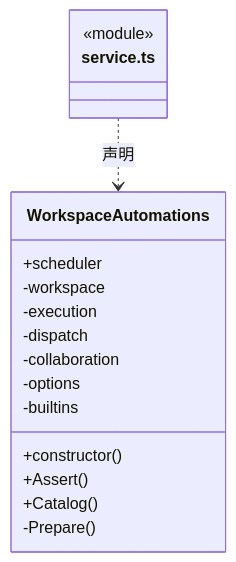
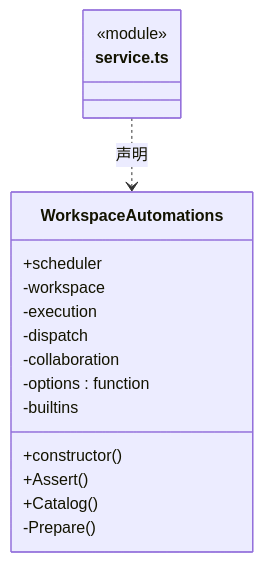
One commit to nan023062/cbim changed the first of 3 diagrams in src/logic/automation/service/ARCHITECTURE.md. Above: the diagram before and after it, drawn with Mermaid. The commit also changed other lines of this file and 137 other files, not shown here.

Commit message:
fix: align architecture generator with documentation standards

````diff
--- a/src/logic/automation/service/ARCHITECTURE.md
+++ b/src/logic/automation/service/ARCHITECTURE.md
@@ -48,20 +50,20 @@
 ```mermaid
 classDiagram
 class N_src_logic_automation_service_service_ts["service.ts"] {
   <<module>>
 }
 class N_src_logic_automation_service_service_ts_WorkspaceAutomations["WorkspaceAutomations"] {
   +scheduler
   +constructor()
   +Assert()
   +Catalog()
   -workspace
   -execution
   -dispatch
   -collaboration
-  -options
+  -options : function
   -builtins
   -Prepare()
 }
 N_src_logic_automation_service_service_ts ..> N_src_logic_automation_service_service_ts_WorkspaceAutomations : 声明
 ```
````
